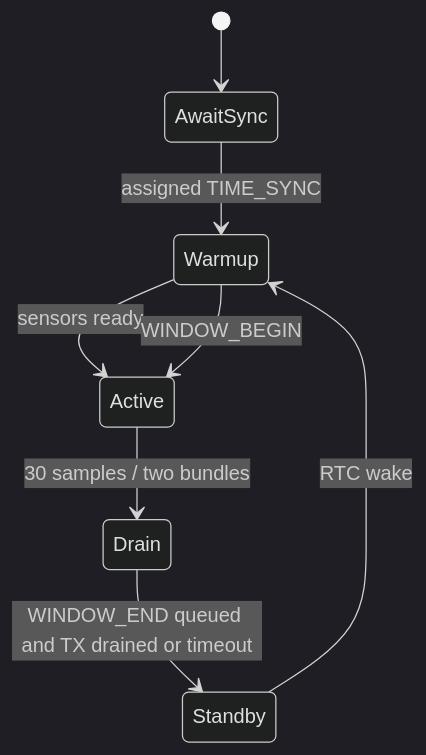
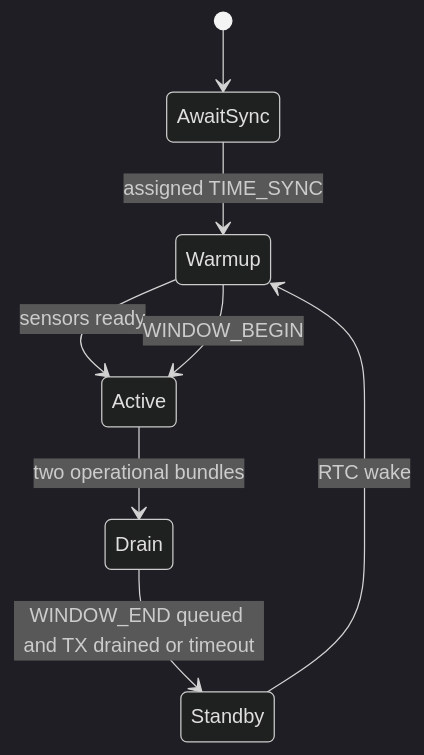
The third of 4 diagrams in documentation/SOFTWARE_DESIGN_DIAGRAM.md (KylesCorner/SmartFires_IoT), drawn with Mermaid (dark theme) before and after one commit. The commit also changed other lines of this file and 57 other files, not shown here.

````diff
--- a/documentation/SOFTWARE_DESIGN_DIAGRAM.md
+++ b/documentation/SOFTWARE_DESIGN_DIAGRAM.md
@@ -74,10 +76,10 @@
 ```mermaid
 stateDiagram-v2
     [*] --> AwaitSync
     AwaitSync --> Warmup: assigned TIME_SYNC
     Warmup --> Active: sensors ready
-    Active --> Drain: 30 samples / two bundles
+    Active --> Drain: two operational bundles
     Drain --> Standby: WINDOW_END queued and TX drained or timeout
     Standby --> Warmup: RTC wake
     Warmup --> Active: WINDOW_BEGIN
 ```
````
